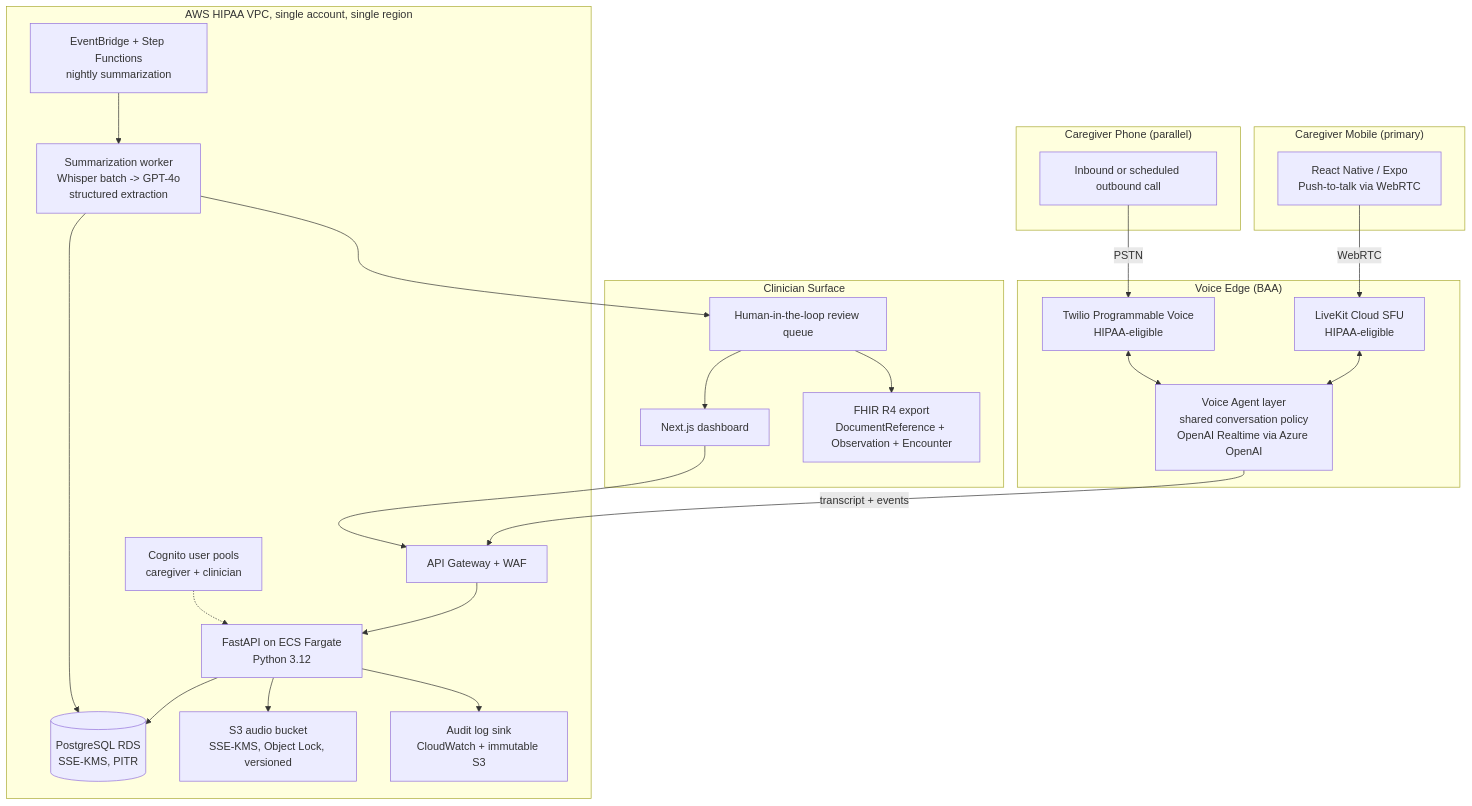
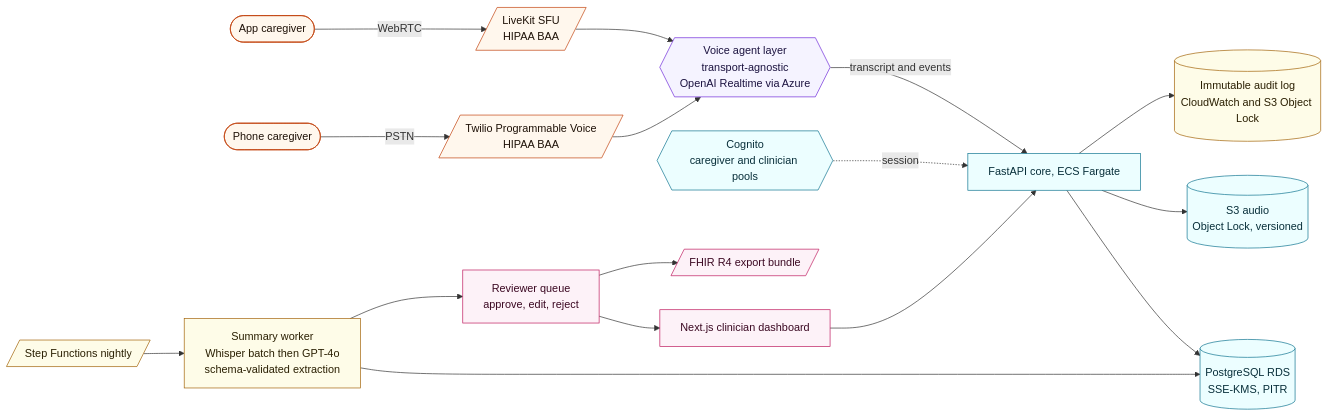
The diagram in response-hybrid.md (coolman-97/ASO-Audit-Agent), drawn with Mermaid before and after one commit. The commit also changed other lines of this file and 1 other file, not shown here.

First line of the commit message:
Rewrite app-first and hybrid responses in distinct authorial voices

````diff
--- a/response-hybrid.md
+++ b/response-hybrid.md
@@ -42,49 +17,43 @@
 ```mermaid
-graph TB
-    subgraph CG_APP["Caregiver Mobile (primary)"]
-        A1[React Native / Expo<br/>Push-to-talk via WebRTC]
-    end
-    subgraph CG_TEL["Caregiver Phone (parallel)"]
-        A2[Inbound or scheduled outbound call]
-    end
+flowchart LR
+    classDef ingress fill:#fff7ed,stroke:#c2410c,color:#1f1208;
+    classDef agent fill:#f5f3ff,stroke:#6d28d9,color:#1c1340;
+    classDef core fill:#ecfeff,stroke:#0e7490,color:#082f3a;
+    classDef batch fill:#fefce8,stroke:#a16207,color:#2a1f02;
+    classDef clin fill:#fdf2f8,stroke:#be185d,color:#3b0822;
 
-    subgraph EDGE["Voice Edge (BAA)"]
-        B1[LiveKit Cloud SFU<br/>HIPAA-eligible]
-        B2[Twilio Programmable Voice<br/>HIPAA-eligible]
-        C[Voice Agent layer<br/>shared conversation policy<br/>OpenAI Realtime via Azure OpenAI]
-    end
+    A1([App caregiver]):::ingress
+    A2([Phone caregiver]):::ingress
 
-    subgraph AWS["AWS HIPAA VPC, single account, single region"]
-        D[API Gateway + WAF]
-        E[FastAPI on ECS Fargate<br/>Python 3.12]
-        F[(PostgreSQL RDS<br/>SSE-KMS, PITR)]
-        G[S3 audio bucket<br/>SSE-KMS, Object Lock, versioned]
-        H[EventBridge + Step Functions<br/>nightly summarization]
-        I[Summarization worker<br/>Whisper batch -> GPT-4o<br/>structured extraction]
-        J[Audit log sink<br/>CloudWatch + immutable S3]
-        K[Cognito user pools<br/>caregiver + clinician]
-    end
+    LK[/LiveKit SFU<br/>HIPAA BAA/]:::ingress
+    TW[/Twilio Programmable Voice<br/>HIPAA BAA/]:::ingress
 
-    subgraph CLIN["Clinician Surface"]
-        L[Next.js dashboard]
-        M[FHIR R4 export<br/>DocumentReference + Observation + Encounter]
-        N[Human-in-the-loop review queue]
-    end
+    AG{{Voice agent layer<br/>transport-agnostic<br/>OpenAI Realtime via Azure}}:::agent
 
-    A1 -->|WebRTC| B1
-    A2 -->|PSTN| B2
-    B1 <--> C
-    B2 <--> C
-    C -->|transcript + events| D
-    D --> E
-    E --> F
-    E --> G
-    E --> J
-    K -.-> E
-    H --> I
-    I --> F
-    I --> N
-    N --> M
-    N --> L
-    L --> D
+    API[FastAPI core, ECS Fargate]:::core
+    DB[(PostgreSQL RDS<br/>SSE-KMS, PITR)]:::core
+    BLOB[(S3 audio<br/>Object Lock, versioned)]:::core
+    AUTH{{Cognito<br/>caregiver and clinician pools}}:::core
+
+    SCH[/Step Functions nightly/]:::batch
+    SUM[Summary worker<br/>Whisper batch then GPT-4o<br/>schema-validated extraction]:::batch
+    LOG[(Immutable audit log<br/>CloudWatch and S3 Object Lock)]:::batch
+
+    REV[Reviewer queue<br/>approve, edit, reject]:::clin
+    UI[Next.js clinician dashboard]:::clin
+    EXP[/FHIR R4 export bundle/]:::clin
+
+    A1 -- WebRTC --> LK --> AG
+    A2 -- PSTN --> TW --> AG
+    AG -- transcript and events --> API
+    AUTH -. session .-> API
+    API --> DB
+    API --> BLOB
+    API --> LOG
+    SCH --> SUM
+    SUM --> DB
+    SUM --> REV
+    REV --> UI
+    REV --> EXP
+    UI --> API
 ```
````
